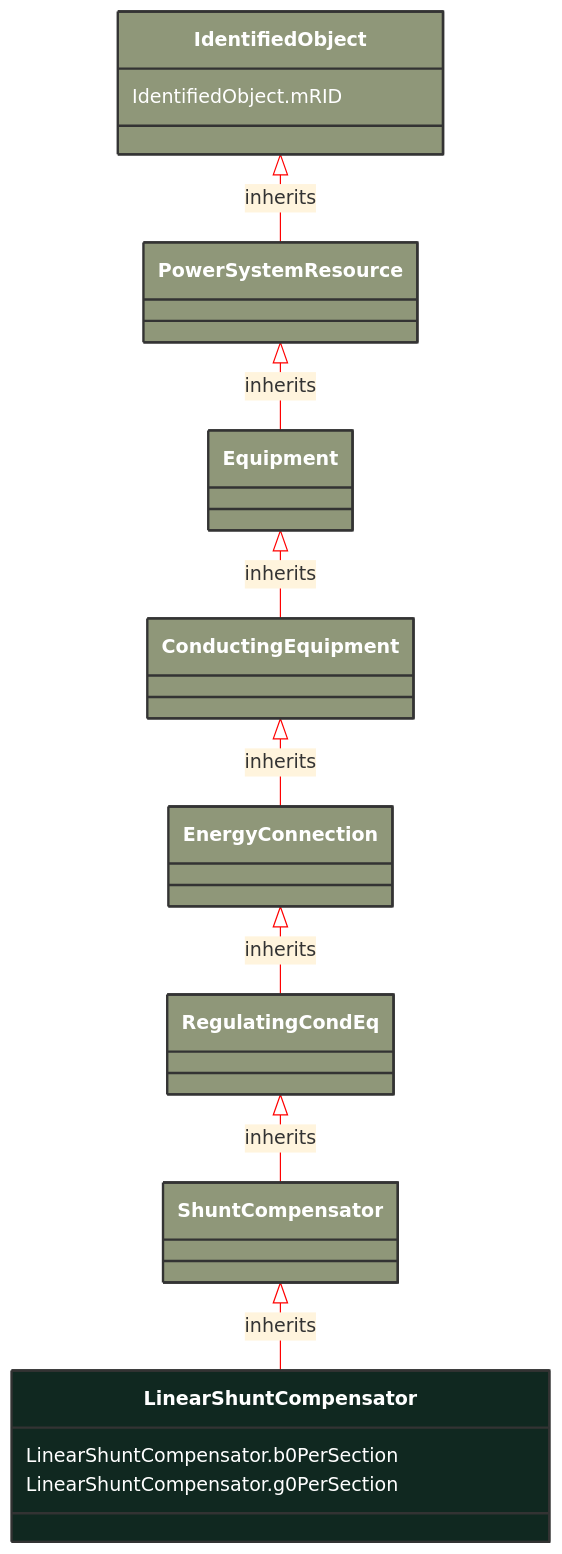
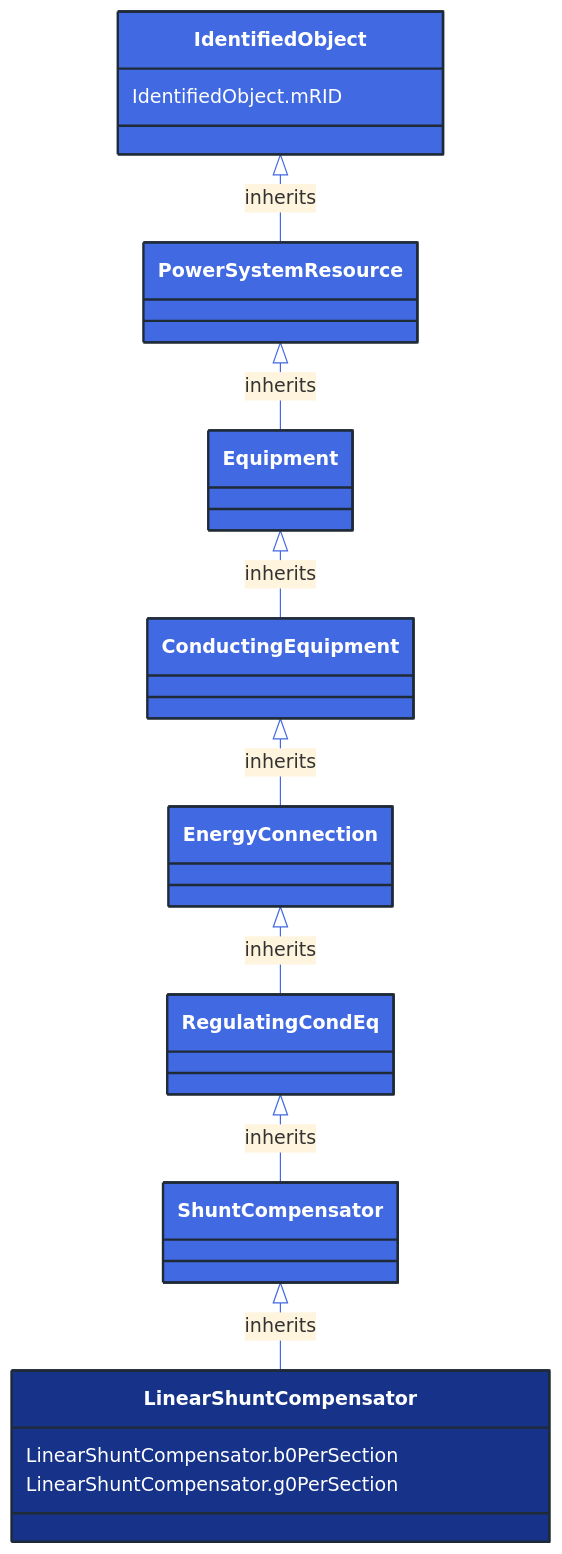
The diagram in docs/Models/Profiles/ShortCircuit/ConcreteClasses/LinearShuntCompensator.md (3lbits/NoCIMExtensions), drawn with Mermaid before and after one commit. The commit also changed 362 other files, not shown here.

First line of the commit message:
Update diagrams and styles for improved visual consistency

````diff
--- a/docs/Models/Profiles/ShortCircuit/ConcreteClasses/LinearShuntCompensator.md
+++ b/docs/Models/Profiles/ShortCircuit/ConcreteClasses/LinearShuntCompensator.md
@@ -8,41 +8,41 @@
 ```mermaid
-%%{init: {'theme':'base','themeVariables': {'lineColor': '#FF0000'}}}%%
+%%{init: {'theme':'base','themeVariables': {'lineColor': '#4169E1'}}}%%
 classDiagram
     class LinearShuntCompensator
     click LinearShuntCompensator href "/Models/Profiles/ShortCircuit/ConcreteClasses/LinearShuntCompensator/"
-    style LinearShuntCompensator fill:#102820,stroke:#333,stroke-width:2px,rx:10,ry:10,color:white
+    style LinearShuntCompensator fill:#163289,stroke:#1F2A37,stroke-width:2px,rx:10,ry:10,color:white
      
         ShuntCompensator <|-- LinearShuntCompensator : inherits
             click ShuntCompensator href "/Models/Profiles/ShortCircuit/AbstractClasses/ShuntCompensator/"
-            style ShuntCompensator fill:#8F9779,stroke:#333,stroke-width:2px,rx:10,ry:10,color:white
+            style ShuntCompensator fill:#4169E1,stroke:#1F2A37,stroke-width:2px,rx:10,ry:10,color:white
      
         RegulatingCondEq <|-- ShuntCompensator : inherits
             click RegulatingCondEq href "/Models/Profiles/ShortCircuit/AbstractClasses/RegulatingCondEq/"
-            style RegulatingCondEq fill:#8F9779,stroke:#333,stroke-width:2px,rx:10,ry:10,color:white
+            style RegulatingCondEq fill:#4169E1,stroke:#1F2A37,stroke-width:2px,rx:10,ry:10,color:white
      
         EnergyConnection <|-- RegulatingCondEq : inherits
             click EnergyConnection href "/Models/Profiles/ShortCircuit/AbstractClasses/EnergyConnection/"
-            style EnergyConnection fill:#8F9779,stroke:#333,stroke-width:2px,rx:10,ry:10,color:white
+            style EnergyConnection fill:#4169E1,stroke:#1F2A37,stroke-width:2px,rx:10,ry:10,color:white
      
         ConductingEquipment <|-- EnergyConnection : inherits
             click ConductingEquipment href "/Models/Profiles/ShortCircuit/AbstractClasses/ConductingEquipment/"
-            style ConductingEquipment fill:#8F9779,stroke:#333,stroke-width:2px,rx:10,ry:10,color:white
+            style ConductingEquipment fill:#4169E1,stroke:#1F2A37,stroke-width:2px,rx:10,ry:10,color:white
      
         Equipment <|-- ConductingEquipment : inherits
             click Equipment href "/Models/Profiles/ShortCircuit/AbstractClasses/Equipment/"
-            style Equipment fill:#8F9779,stroke:#333,stroke-width:2px,rx:10,ry:10,color:white
+            style Equipment fill:#4169E1,stroke:#1F2A37,stroke-width:2px,rx:10,ry:10,color:white
      
         PowerSystemResource <|-- Equipment : inherits
             click PowerSystemResource href "/Models/Profiles/ShortCircuit/AbstractClasses/PowerSystemResource/"
-            style PowerSystemResource fill:#8F9779,stroke:#333,stroke-width:2px,rx:10,ry:10,color:white
+            style PowerSystemResource fill:#4169E1,stroke:#1F2A37,stroke-width:2px,rx:10,ry:10,color:white
      
         IdentifiedObject <|-- PowerSystemResource : inherits
             click IdentifiedObject href "/Models/Profiles/ShortCircuit/AbstractClasses/IdentifiedObject/"
-            style IdentifiedObject fill:#8F9779,stroke:#333,stroke-width:2px,rx:10,ry:10,color:white
+            style IdentifiedObject fill:#4169E1,stroke:#1F2A37,stroke-width:2px,rx:10,ry:10,color:white
 
 
 
         LinearShuntCompensator : LinearShuntCompensator.b0PerSection
         LinearShuntCompensator : LinearShuntCompensator.g0PerSection
         IdentifiedObject : IdentifiedObject.mRID
 ```
````
